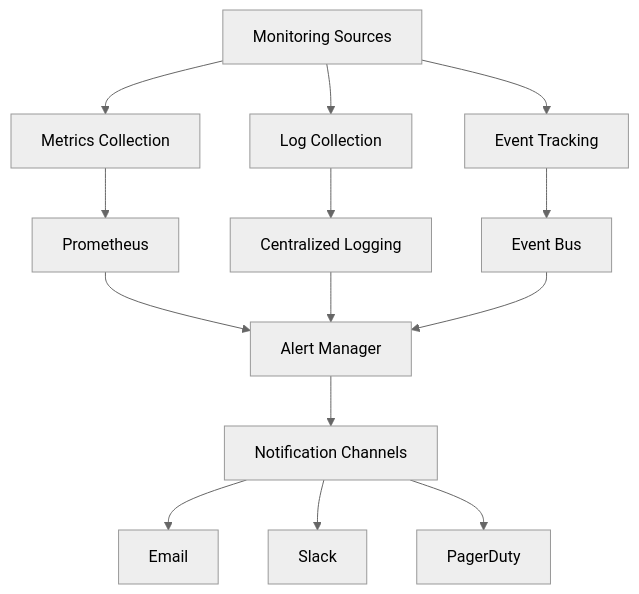
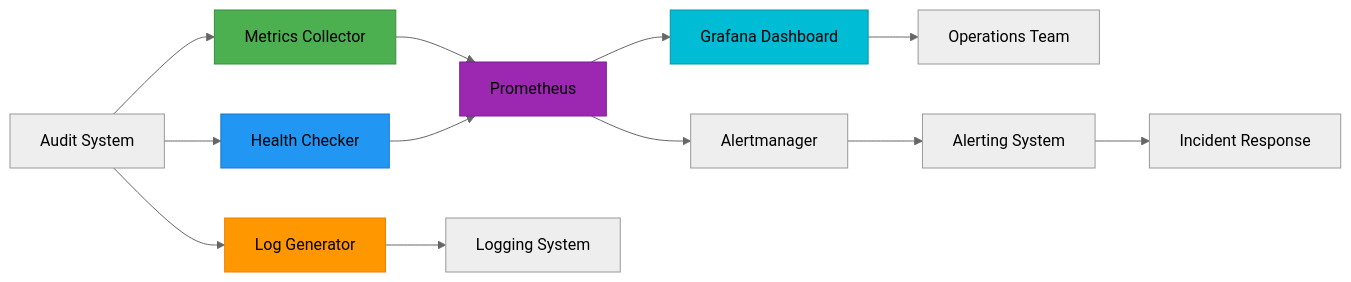
The sixth of 6 diagrams in .qoder/repowiki/en/content/Audit System Enhancements Specifications.md (smedrec/smart-logs), drawn with Mermaid (neutral theme) before and after one commit. The commit also changed other lines of this file and 7 other files, not shown here.

First line of the commit message:
docs(audit-client): update comprehensive documentation and architecture overview

````diff
--- a/.qoder/repowiki/en/content/Audit System Enhancements Specifications.md
+++ b/.qoder/repowiki/en/content/Audit System Enhancements Specifications.md
@@ -540,16 +277,19 @@
 ```mermaid
-graph TD
-A[Monitoring Sources] --> B[Metrics Collection]
-A --> C[Log Collection]
-A --> D[Event Tracking]
+graph LR
+A[Audit System] --> B[Metrics Collector]
+A --> C[Health Checker]
+A --> D[Log Generator]
 B --> E[Prometheus]
-C --> F[Centralized Logging]
-D --> G[Event Bus]
-E --> H[Alert Manager]
-F --> H
-G --> H
-H --> I[Notification Channels]
-I --> J[Email]
-I --> K[Slack]
-I --> L[PagerDuty]
+C --> E
+D --> F[Logging System]
+E --> G[Grafana Dashboard]
+E --> H[Alertmanager]
+G --> I[Operations Team]
+H --> J[Alerting System]
+J --> K[Incident Response]
+style B fill:#4CAF50,stroke:#388E3C
+style C fill:#2196F3,stroke:#1976D2
+style D fill:#FF9800,stroke:#F57C00
+style E fill:#9C27B0,stroke:#7B1FA2
+style G fill:#00BCD4,stroke:#0097A7
 ```
````
